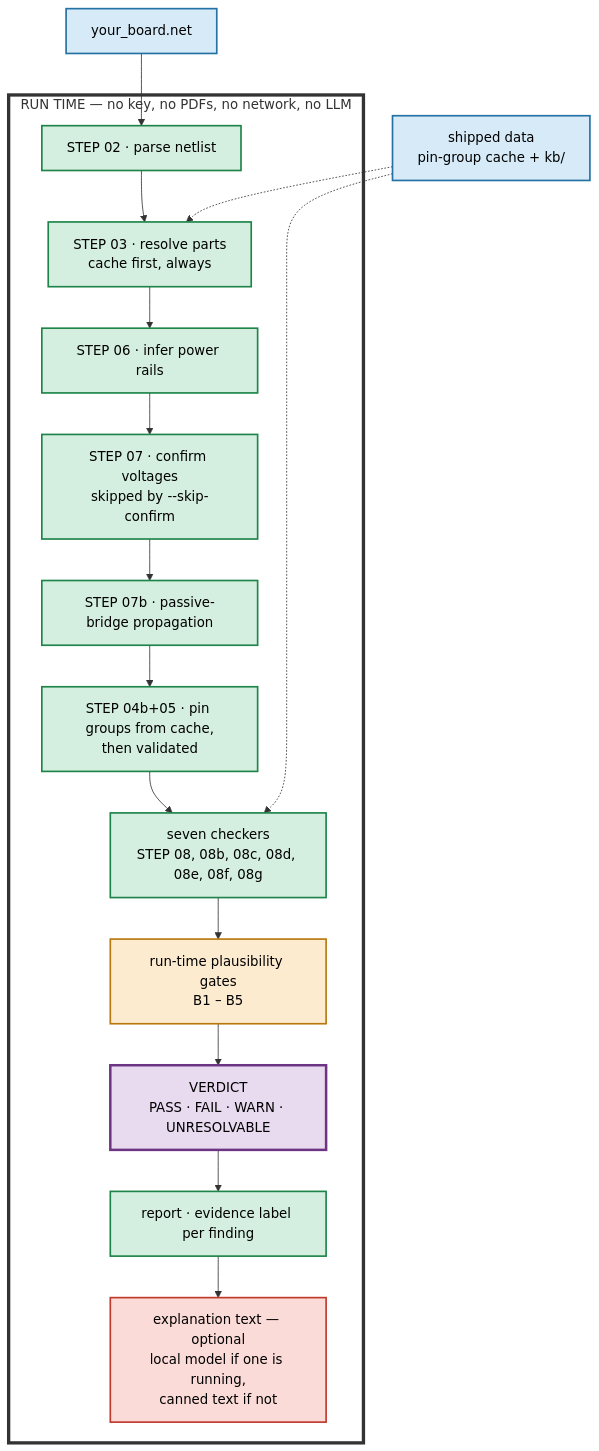
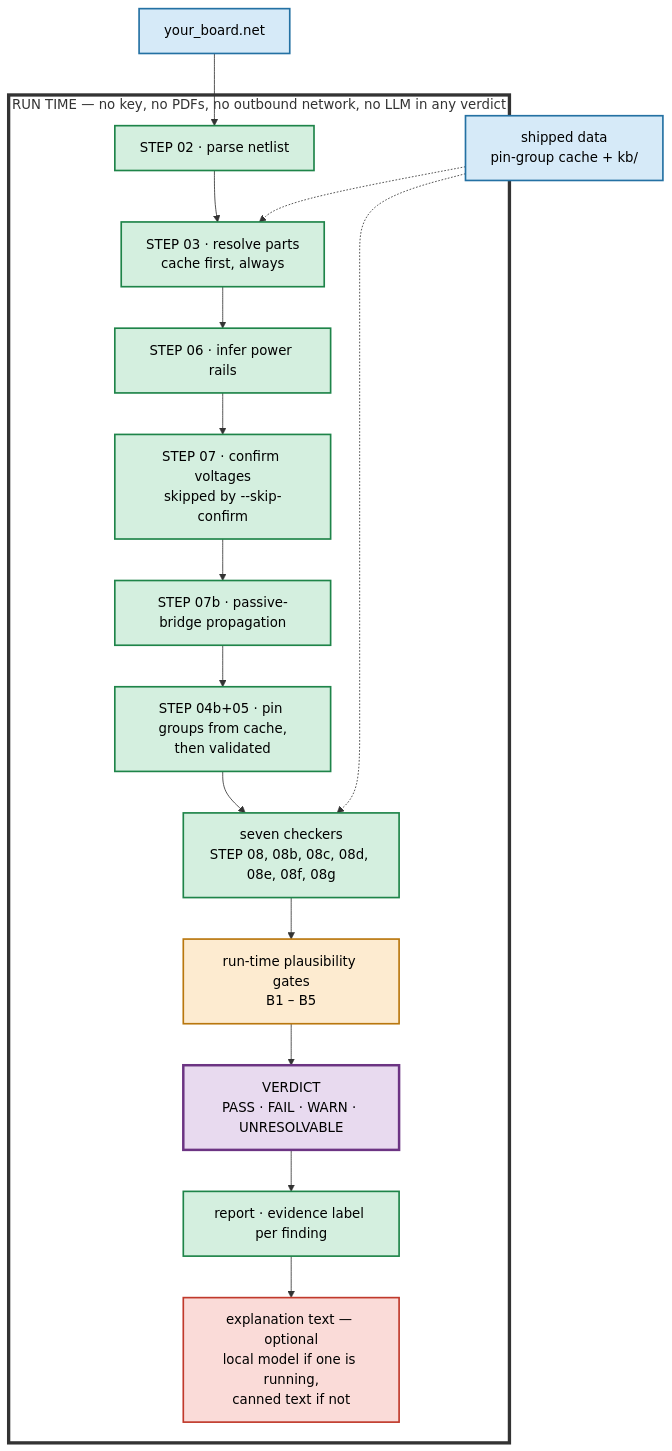
The second of 3 diagrams in docs/PIPELINE.md (deeperc/deeperc), drawn with Mermaid before and after one commit. The commit also changed other lines of this file and 11 other files, not shown here.

````diff
--- a/docs/PIPELINE.md
+++ b/docs/PIPELINE.md
@@ -93,34 +95,34 @@
 ```mermaid
 graph TD
     classDef llm fill:#fadbd8,stroke:#c0392b,stroke-width:2px,color:#000
     classDef det fill:#d4efdf,stroke:#1e8449,stroke-width:2px,color:#000
     classDef gate fill:#fdebd0,stroke:#b9770e,stroke-width:2px,color:#000
     classDef data fill:#d6eaf8,stroke:#2471a3,stroke-width:2px,color:#000
     classDef verdict fill:#e8daef,stroke:#6c3483,stroke-width:3px,color:#000
 
     IN["your_board.net"]:::data
     SHIPPED["shipped data<br/>pin-group cache + kb/"]:::data
 
-    subgraph RUN["RUN TIME — no key, no PDFs, no network, no LLM"]
+    subgraph RUN["RUN TIME — no key, no PDFs, no outbound network, no LLM in any verdict"]
         S02["STEP 02 · parse netlist"]:::det
         S03["STEP 03 · resolve parts<br/>cache first, always"]:::det
         S06["STEP 06 · infer power rails"]:::det
         S07["STEP 07 · confirm voltages<br/>skipped by --skip-confirm"]:::det
         S07B["STEP 07b · passive-bridge propagation"]:::det
         S0405["STEP 04b+05 · pin groups from cache,<br/>then validated"]:::det
         CHK["seven checkers<br/>STEP 08, 08b, 08c, 08d, 08e, 08f, 08g"]:::det
         GATES["run-time plausibility gates<br/>B1 – B5"]:::gate
         VERD["VERDICT<br/>PASS · FAIL · WARN · UNRESOLVABLE"]:::verdict
         REP["report · evidence label per finding"]:::det
         EXP["explanation text — optional<br/>local model if one is running,<br/>canned text if not"]:::llm
 
         S02 --> S03 --> S06 --> S07 --> S07B --> S0405 --> CHK
         CHK --> GATES --> VERD --> REP --> EXP
     end
 
     IN --> S02
     SHIPPED -.-> S03
     SHIPPED -.-> CHK
 
     style RUN fill:none,stroke:#333,stroke-width:4px
 ```
````
